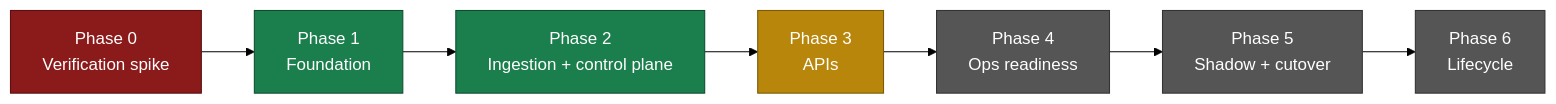
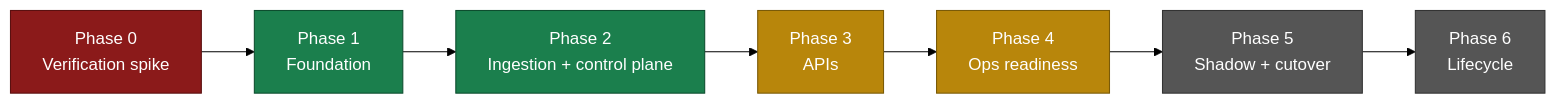
The first of 16 diagrams in docs/ems-technical-specification.md (soopersk/AF-SOLUTION), drawn with Mermaid (forest theme) before and after one commit. The commit also changed other lines of this file and 41 other files, not shown here.

````diff
--- a/docs/ems-technical-specification.md
+++ b/docs/ems-technical-specification.md
@@ -79,17 +79,17 @@
 ```mermaid
 graph LR
     P0["Phase 0<br/>Verification spike"]:::blocked
     P1["Phase 1<br/>Foundation"]:::done
     P2["Phase 2<br/>Ingestion + control plane"]:::done
     P3["Phase 3<br/>APIs"]:::partial
-    P4["Phase 4<br/>Ops readiness"]:::todo
+    P4["Phase 4<br/>Ops readiness"]:::partial
     P5["Phase 5<br/>Shadow + cutover"]:::todo
     P6["Phase 6<br/>Lifecycle"]:::todo
 
     P0 --> P1 --> P2 --> P3 --> P4 --> P5 --> P6
 
     classDef done fill:#1b7f4d,color:#fff,stroke:#0d4d2e
     classDef partial fill:#b8860b,color:#fff,stroke:#7a5a07
     classDef todo fill:#555,color:#fff,stroke:#333
     classDef blocked fill:#8b1a1a,color:#fff,stroke:#5a1010
 ```
````
